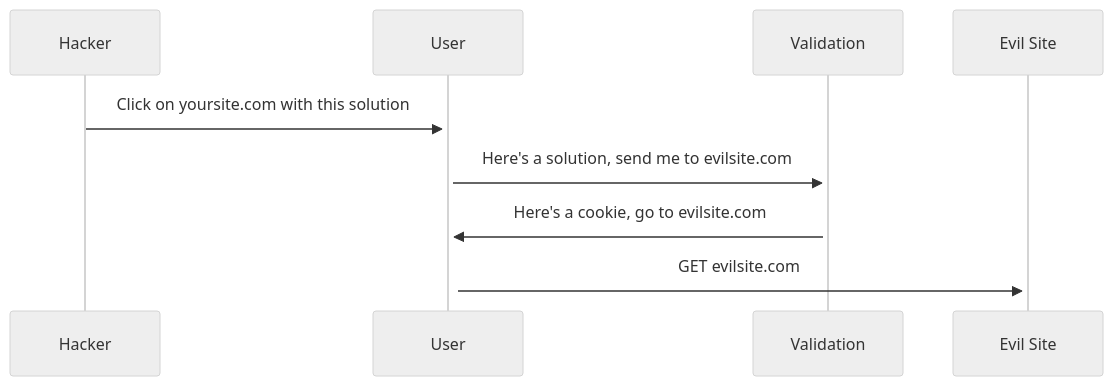
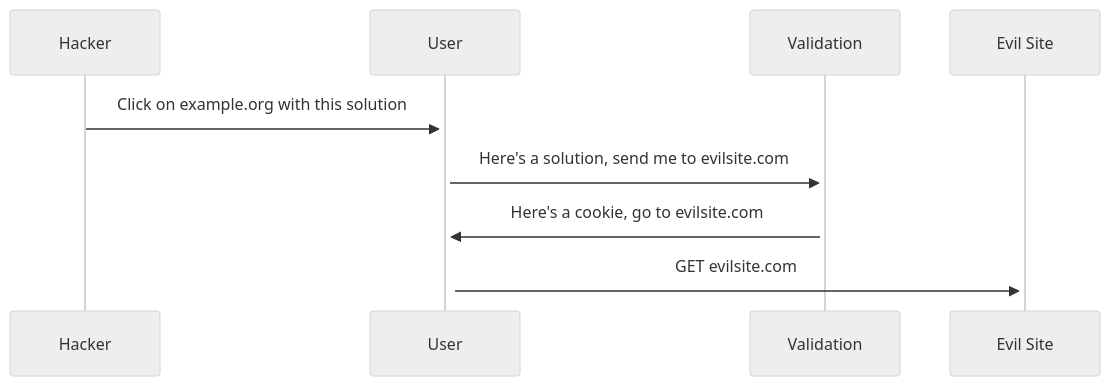
One commit to kotx/anubis-static changed the second of 2 diagrams in docs/docs/admin/configuration/redirect-domains.mdx. Above: the diagram before and after it, drawn with Mermaid (neutral theme). The commit also changed other lines of this file and 724 other files, not shown here.

````diff
--- a/docs/docs/admin/configuration/redirect-domains.mdx
+++ b/docs/docs/admin/configuration/redirect-domains.mdx
@@ -28,12 +28,12 @@
 ```mermaid
 sequenceDiagram
   participant Hacker
   participant User
   participant Validation
   participant Evil Site
 
-  Hacker->>+User: Click on yoursite.com with this solution
+  Hacker->>+User: Click on example.org with this solution
   User->>+Validation: Here's a solution, send me to evilsite.com
   Validation->>+User: Here's a cookie, go to evilsite.com
   User->>+Evil Site: GET evilsite.com
 ```
````
